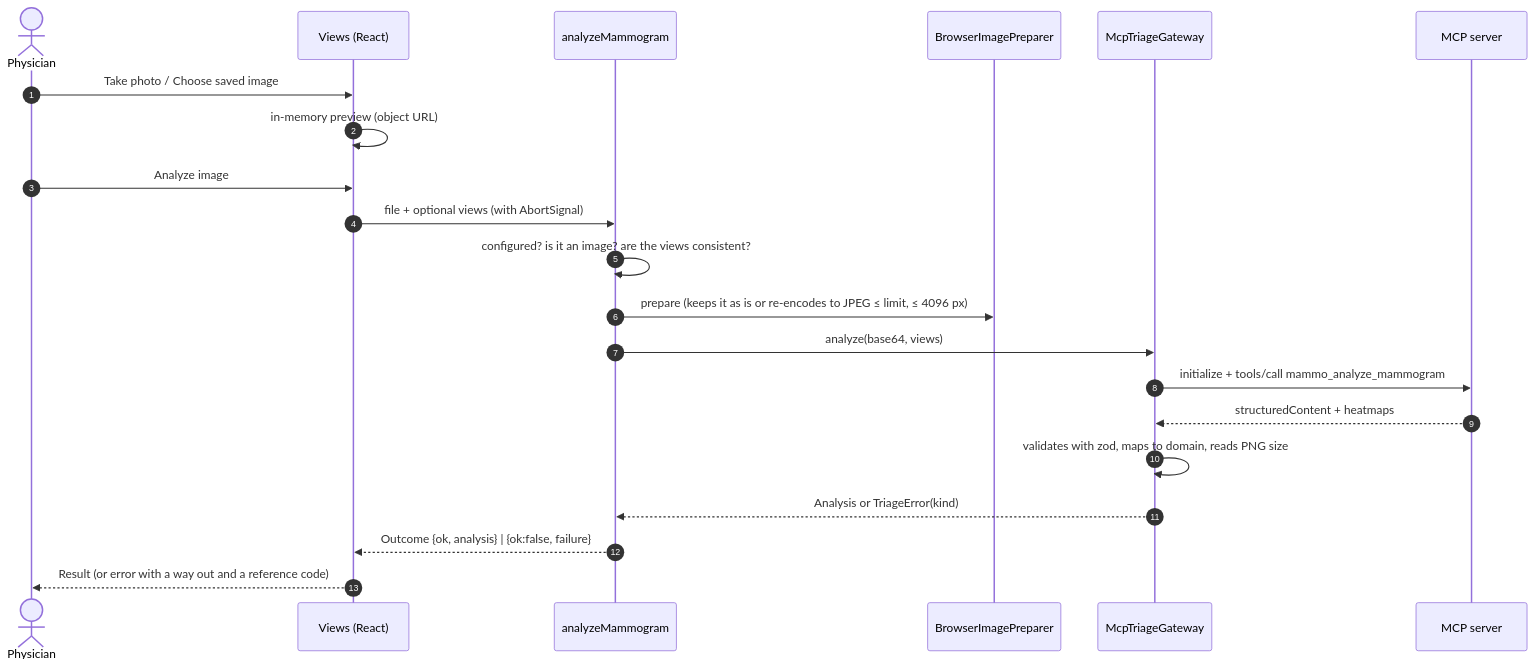
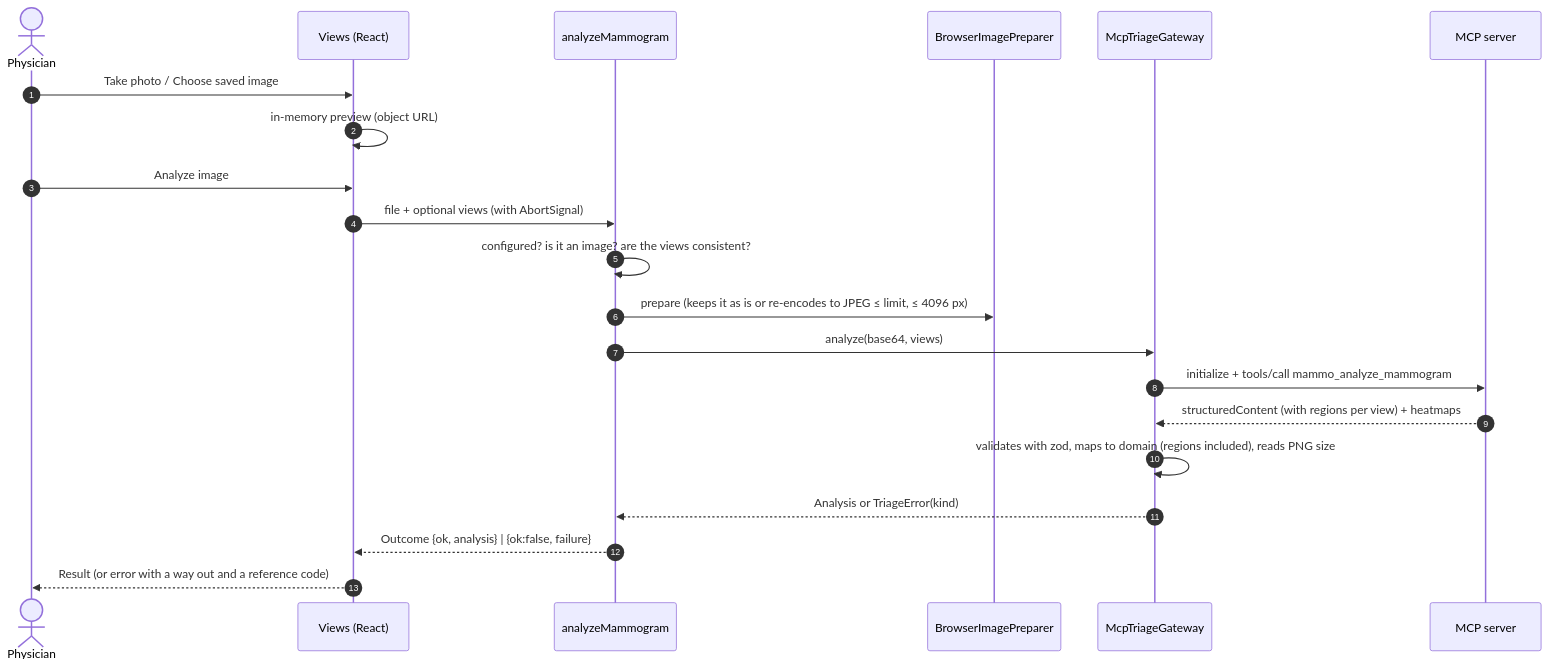
The third of 4 diagrams in docs/architecture.md (avalderrama/ai-mammogram-triage-app), drawn with Mermaid before and after one commit. The commit also changed other lines of this file and 27 other files, not shown here.

````diff
--- a/docs/architecture.md
+++ b/docs/architecture.md
@@ -46,23 +55,23 @@
 ```mermaid
 sequenceDiagram
     autonumber
     actor M as Physician
     participant V as Views (React)
     participant U as analyzeMammogram
     participant P as BrowserImagePreparer
     participant G as McpTriageGateway
     participant S as MCP server
     M->>V: Take photo / Choose saved image
     V->>V: in-memory preview (object URL)
     M->>V: Analyze image
     V->>U: file + optional views (with AbortSignal)
     U->>U: configured? is it an image? are the views consistent?
     U->>P: prepare (keeps it as is or re-encodes to JPEG ≤ limit, ≤ 4096 px)
     U->>G: analyze(base64, views)
     G->>S: initialize + tools/call mammo_analyze_mammogram
-    S-->>G: structuredContent + heatmaps
-    G->>G: validates with zod, maps to domain, reads PNG size
+    S-->>G: structuredContent (with regions per view) + heatmaps
+    G->>G: validates with zod, maps to domain (regions included), reads PNG size
     G-->>U: Analysis or TriageError(kind)
     U-->>V: Outcome {ok, analysis} | {ok:false, failure}
     V-->>M: Result (or error with a way out and a reference code)
 ```
````
